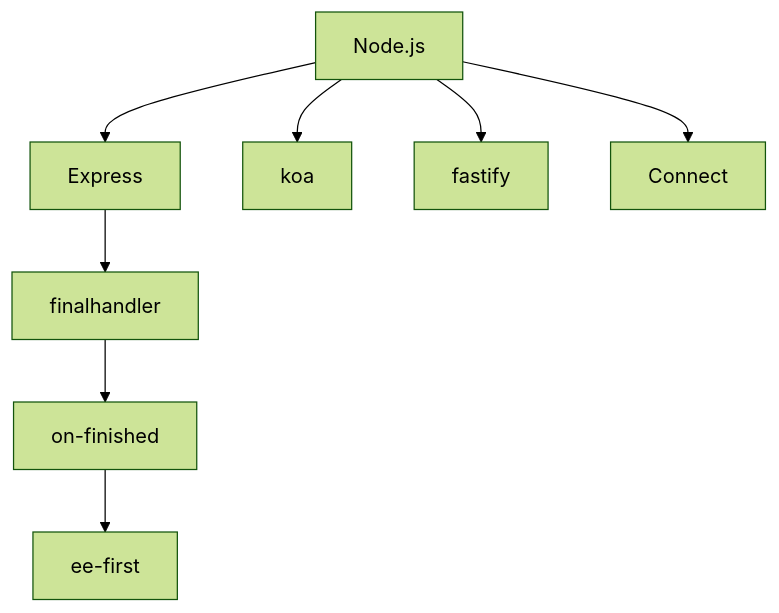
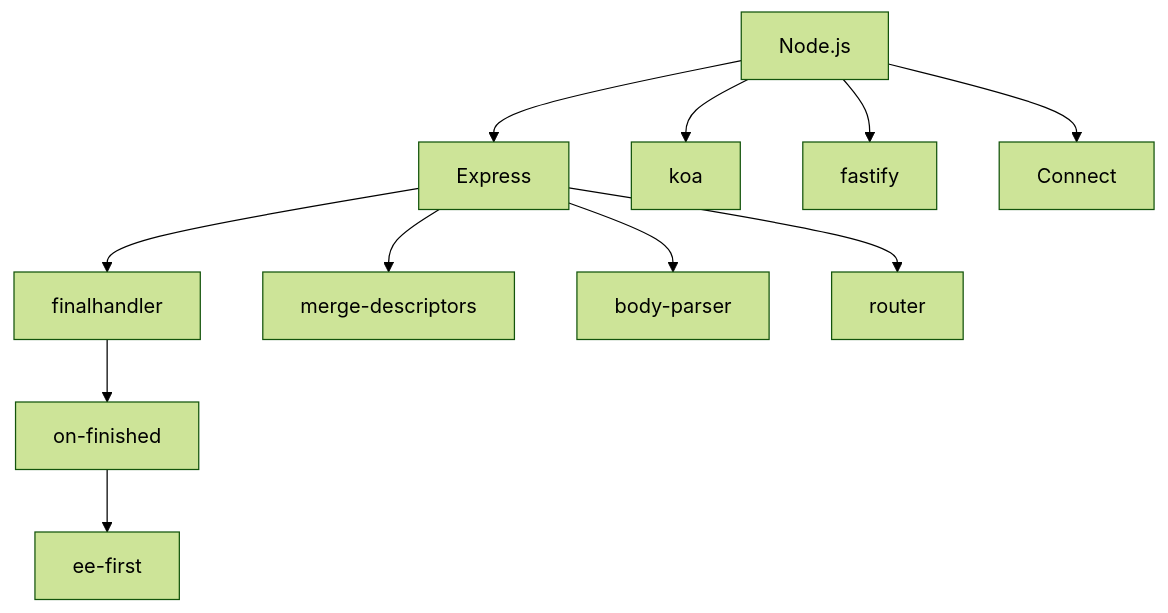
The diagram in docs/http/npm-http-chain-1.md (samuel871211/yusheng-tech-blog), drawn with Mermaid (forest theme) before and after one commit. The commit also changed other lines of this file, not shown here.

````diff
--- a/docs/http/npm-http-chain-1.md
+++ b/docs/http/npm-http-chain-1.md
@@ -10,11 +10,14 @@
 ```mermaid
 flowchart TD
     Node.js --> Express
     Node.js --> koa
     Node.js --> fastify
     Node.js --> Connect
 
     Express --> finalhandler
+    Express --> merge-descriptors
+    Express --> body-parser
+    Express --> router
     finalhandler --> on-finished
     on-finished --> ee-first
 ```
````
